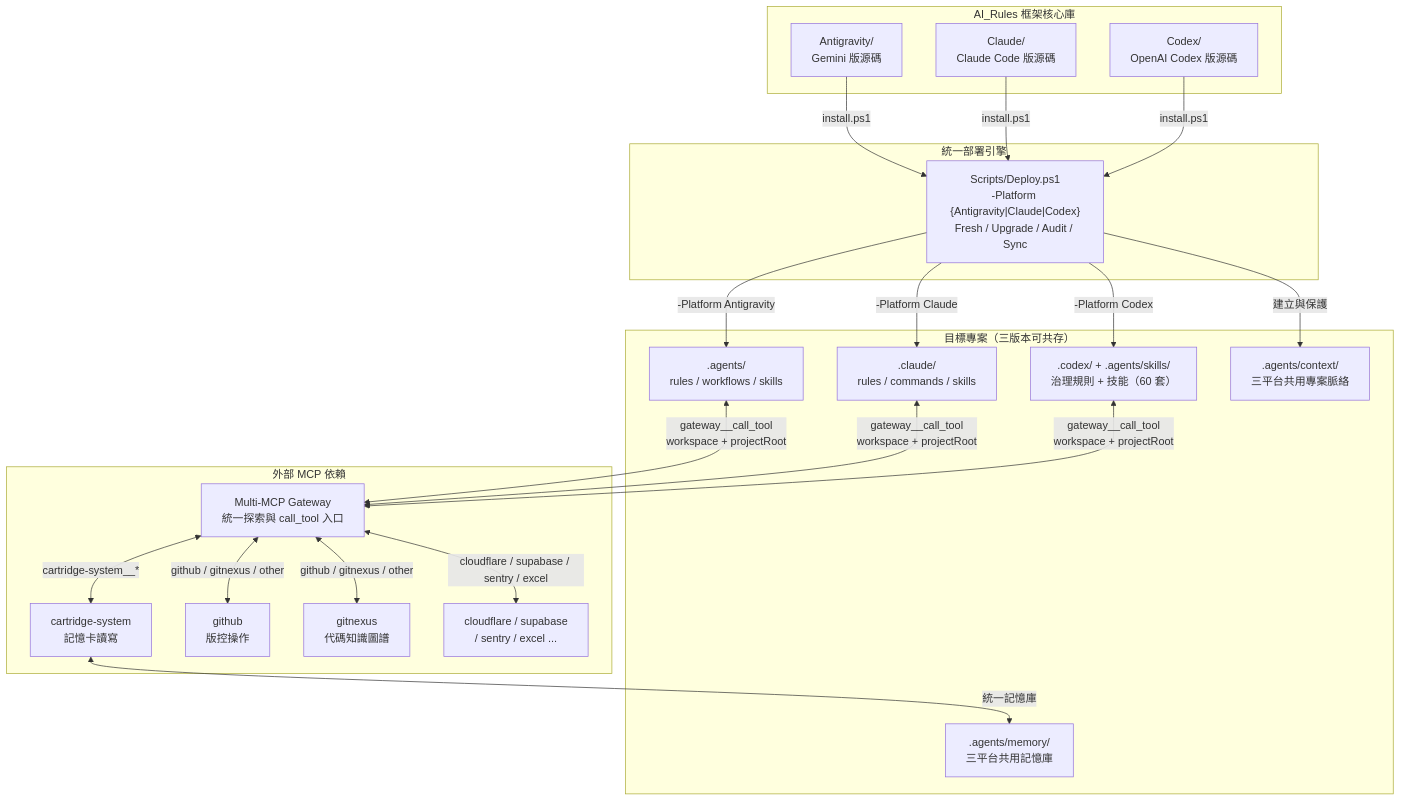
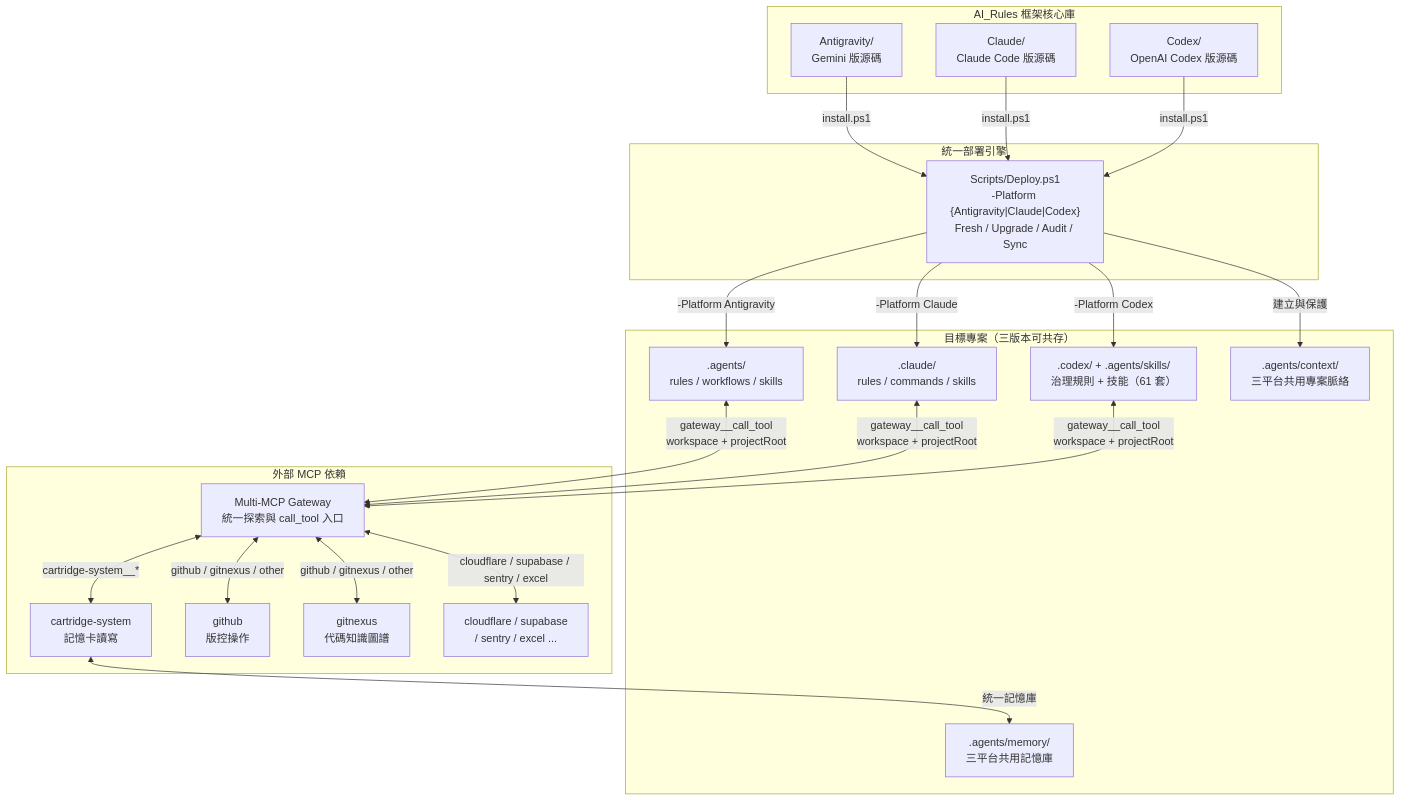
The first of 3 diagrams in README.md (Kunshao1117/AI_Rules), drawn with Mermaid before and after one commit. The commit also changed other lines of this file and 85 other files, not shown here.

````diff
--- a/README.md
+++ b/README.md
@@ -255,44 +256,44 @@
 ```mermaid
 graph TB
     subgraph "AI_Rules 框架核心庫"
         AG["Antigravity/<br/>Gemini 版源碼"]
         CL["Claude/<br/>Claude Code 版源碼"]
         CX["Codex/<br/>OpenAI Codex 版源碼"]
     end
 
     subgraph "統一部署引擎"
         DEPLOY["Scripts/Deploy.ps1<br/>-Platform {Antigravity|Claude|Codex}<br/>Fresh / Upgrade / Audit / Sync"]
     end
 
     subgraph "目標專案（三版本可共存）"
         AGE[".agents/<br/>rules / workflows / skills"]
         CLE[".claude/<br/>rules / commands / skills"]
-        CXE[".codex/ + .agents/skills/<br/>治理規則 + 技能（60 套）"]
+        CXE[".codex/ + .agents/skills/<br/>治理規則 + 技能（61 套）"]
         MEM[".agents/memory/<br/>三平台共用記憶庫"]
         CTX[".agents/context/<br/>三平台共用專案脈絡"]
     end
 
     subgraph "外部 MCP 依賴"
         GW["Multi-MCP Gateway<br/>統一探索與 call_tool 入口"]
         CART["cartridge-system<br/>記憶卡讀寫"]
         GH["github<br/>版控操作"]
         GN["gitnexus<br/>代碼知識圖譜"]
         OTHER["cloudflare / supabase<br/>/ sentry / excel ..."]
     end
 
     AG -->|"install.ps1"| DEPLOY
     CL -->|"install.ps1"| DEPLOY
     CX -->|"install.ps1"| DEPLOY
     DEPLOY -->|"-Platform Antigravity"| AGE
     DEPLOY -->|"-Platform Claude"| CLE
     DEPLOY -->|"-Platform Codex"| CXE
     AGE <-->|"gateway__call_tool<br/>workspace + projectRoot"| GW
     CLE <-->|"gateway__call_tool<br/>workspace + projectRoot"| GW
     CXE <-->|"gateway__call_tool<br/>workspace + projectRoot"| GW
     GW <-->|"cartridge-system__*"| CART
     GW <-->|"github / gitnexus / other"| GH
     GW <-->|"github / gitnexus / other"| GN
     GW <-->|"cloudflare / supabase / sentry / excel"| OTHER
     CART <-->|"統一記憶庫"| MEM
     DEPLOY -->|"建立與保護"| CTX
 ```
````
